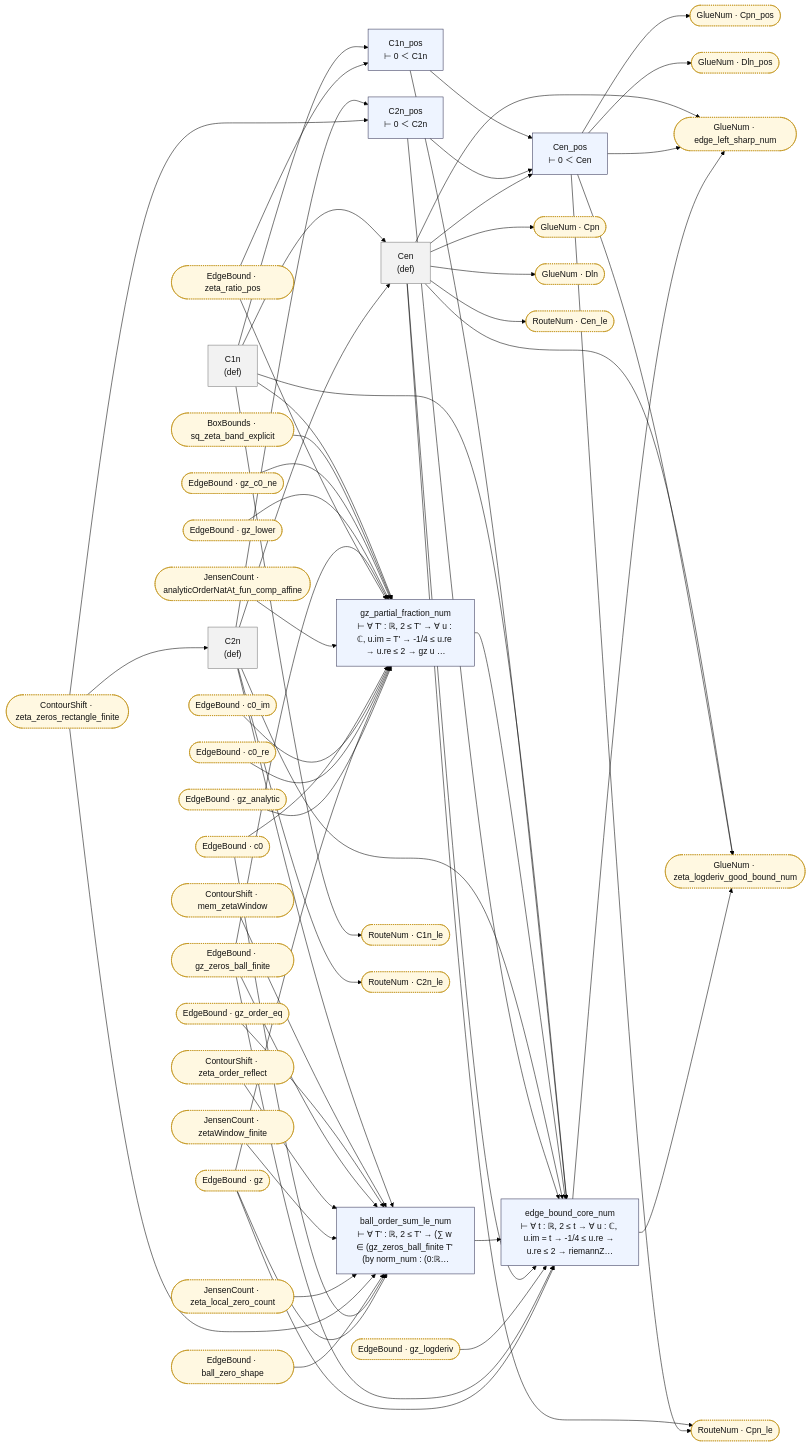
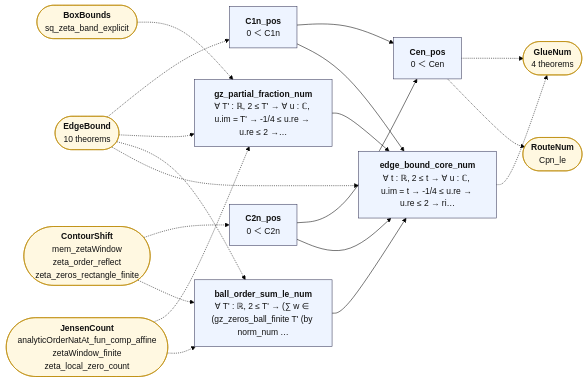
Before and after one commit to juliansambranojr/Primebeat_081426: the diagram in map/lean_stage3/EdgeNum.md, drawn with Mermaid (forest theme). The commit also changed other lines of this file and 387 other files, not shown here.

````diff
--- a/map/lean_stage3/EdgeNum.md
+++ b/map/lean_stage3/EdgeNum.md
@@ -8,105 +12,38 @@
 ```mermaid
 flowchart LR
-  n0["C1n<br/>(def)"]:::dfn
-  n1["C1n_pos<br/>⊢ 0 ＜ C1n"]:::thm
-  n2["gz_partial_fraction_num<br/>⊢ ∀ T' : ℝ, 2 ≤ T' → ∀ u : ℂ, u.im = T' → -1/4 ≤ u.re → u.re ≤ 2 → gz u …"]:::thm
-  n3["C2n<br/>(def)"]:::dfn
-  n4["C2n_pos<br/>⊢ 0 ＜ C2n"]:::thm
-  n5["ball_order_sum_le_num<br/>⊢ ∀ T' : ℝ, 2 ≤ T' → (∑ w ∈ (gz_zeros_ball_finite T' (by norm_num : (0:ℝ…"]:::thm
-  n6["Cen<br/>(def)"]:::dfn
-  n7["Cen_pos<br/>⊢ 0 ＜ Cen"]:::thm
-  n8["edge_bound_core_num<br/>⊢ ∀ t : ℝ, 2 ≤ t → ∀ u : ℂ, u.im = t → -1/4 ≤ u.re → u.re ≤ 2 → riemannZ…"]:::thm
-  x0(["BoxBounds · sq_zeta_band_explicit"]):::ext
-  x1(["ContourShift · mem_zetaWindow"]):::ext
-  x2(["ContourShift · zeta_order_reflect"]):::ext
-  x3(["ContourShift · zeta_zeros_rectangle_finite"]):::ext
-  x4(["EdgeBound · ball_zero_shape"]):::ext
-  x5(["EdgeBound · c0"]):::ext
-  x6(["EdgeBound · c0_im"]):::ext
-  x7(["EdgeBound · c0_re"]):::ext
-  x8(["EdgeBound · gz"]):::ext
-  x9(["EdgeBound · gz_analytic"]):::ext
-  x10(["EdgeBound · gz_c0_ne"]):::ext
-  x11(["EdgeBound · gz_logderiv"]):::ext
-  x12(["EdgeBound · gz_lower"]):::ext
-  x13(["EdgeBound · gz_order_eq"]):::ext
-  x14(["EdgeBound · gz_zeros_ball_finite"]):::ext
-  x15(["EdgeBound · zeta_ratio_pos"]):::ext
-  x16(["GlueNum · Cpn"]):::ext
-  x17(["GlueNum · Cpn_pos"]):::ext
-  x18(["GlueNum · Dln"]):::ext
-  x19(["GlueNum · Dln_pos"]):::ext
-  x20(["GlueNum · edge_left_sharp_num"]):::ext
-  x21(["GlueNum · zeta_logderiv_good_bound_num"]):::ext
-  x22(["JensenCount · analyticOrderNatAt_fun_comp_affine"]):::ext
-  x23(["JensenCount · zetaWindow_finite"]):::ext
-  x24(["JensenCount · zeta_local_zero_count"]):::ext
-  x25(["RouteNum · C1n_le"]):::ext
-  x26(["RouteNum · C2n_le"]):::ext
-  x27(["RouteNum · Cen_le"]):::ext
-  x28(["RouteNum · Cpn_le"]):::ext
-  n0 --> n1
-  n0 --> n2
-  n0 --> n6
-  n0 --> n8
-  n0 --> x25
-  n1 --> n7
-  n1 --> n8
-  n2 --> n8
-  n3 --> n4
+  n0["<b>C1n_pos</b><br/>0 ＜ C1n"]:::thm
+  n1["<b>gz_partial_fraction_num</b><br/>∀ T' : ℝ, 2 ≤ T' → ∀ u : ℂ, u.im = T' → -1/4 ≤ u.re → u.re ≤ 2 →…"]:::thm
+  n2["<b>C2n_pos</b><br/>0 ＜ C2n"]:::thm
+  n3["<b>ball_order_sum_le_num</b><br/>∀ T' : ℝ, 2 ≤ T' → (∑ w ∈ (gz_zeros_ball_finite T' (by norm_num …"]:::thm
+  n4["<b>Cen_pos</b><br/>0 ＜ Cen"]:::thm
+  n5["<b>edge_bound_core_num</b><br/>∀ t : ℝ, 2 ≤ t → ∀ u : ℂ, u.im = t → -1/4 ≤ u.re → u.re ≤ 2 → ri…"]:::thm
+  x0(["<b>EdgeBound</b><br/>10 theorems"]):::ext
+  x1(["<b>BoxBounds</b><br/>sq_zeta_band_explicit"]):::ext
+  x2(["<b>JensenCount</b><br/>analyticOrderNatAt_fun_comp_affine<br/>zetaWindow_finite<br/>zeta_local_zero_count"]):::ext
+  x3(["<b>ContourShift</b><br/>mem_zetaWindow<br/>zeta_order_reflect<br/>zeta_zeros_rectangle_finite"]):::ext
+  x4(["<b>GlueNum</b><br/>4 theorems"]):::ext
+  x5(["<b>RouteNum</b><br/>Cpn_le"]):::ext
+  n0 --> n4
+  n0 --> n5
+  n1 --> n5
+  n2 --> n4
+  n2 --> n5
   n3 --> n5
-  n3 --> n6
-  n3 --> n8
-  n3 --> x26
-  n4 --> n7
-  n4 --> n8
-  n5 --> n8
-  n6 --> n7
-  n6 --> n8
-  n6 --> x16
-  n6 --> x18
-  n6 --> x20
-  n6 --> x21
-  n6 --> x27
-  n6 --> x28
-  n7 --> x17
-  n7 --> x19
-  n7 --> x20
-  n7 --> x21
-  n7 --> x28
-  n8 --> x20
-  n8 --> x21
-  x0 --> n2
-  x1 --> n5
-  x10 --> n2
-  x11 --> n8
-  x12 --> n2
-  x13 --> n5
-  x14 --> n2
-  x14 --> n5
-  x14 --> n8
-  x15 --> n1
-  x15 --> n2
-  x2 --> n5
-  x22 --> n2
-  x23 --> n5
-  x24 --> n5
-  x3 --> n3
-  x3 --> n4
-  x3 --> n5
-  x4 --> n5
-  x5 --> n2
-  x5 --> n5
-  x6 --> n2
-  x7 --> n2
-  x8 --> n2
-  x8 --> n5
-  x8 --> n8
-  x9 --> n2
+  n4 -.-> x4
+  n4 -.-> x5
+  n5 -.-> x4
+  x0 -.-> n0
+  x0 -.-> n1
+  x0 -.-> n3
+  x0 -.-> n5
+  x1 -.-> n1
+  x2 -.-> n1
+  x2 -.-> n3
+  x3 -.-> n2
+  x3 -.-> n3
   classDef thm fill:#eef4ff,stroke:#335,color:#111
-  classDef dfn fill:#f2f2f2,stroke:#777,color:#111
   classDef end_ fill:#e7f7e7,stroke:#2a7,color:#111,stroke-width:2px
   classDef lone fill:#fff,stroke:#999,color:#111,stroke-dasharray:4 3
   classDef bad fill:#ffe5e5,stroke:#c22,color:#111,stroke-width:2px
-  classDef ext fill:#fff8e1,stroke:#b80,color:#111,stroke-dasharray:2 2
+  classDef ext fill:#fff8e1,stroke:#b80,color:#111
 ```
````
